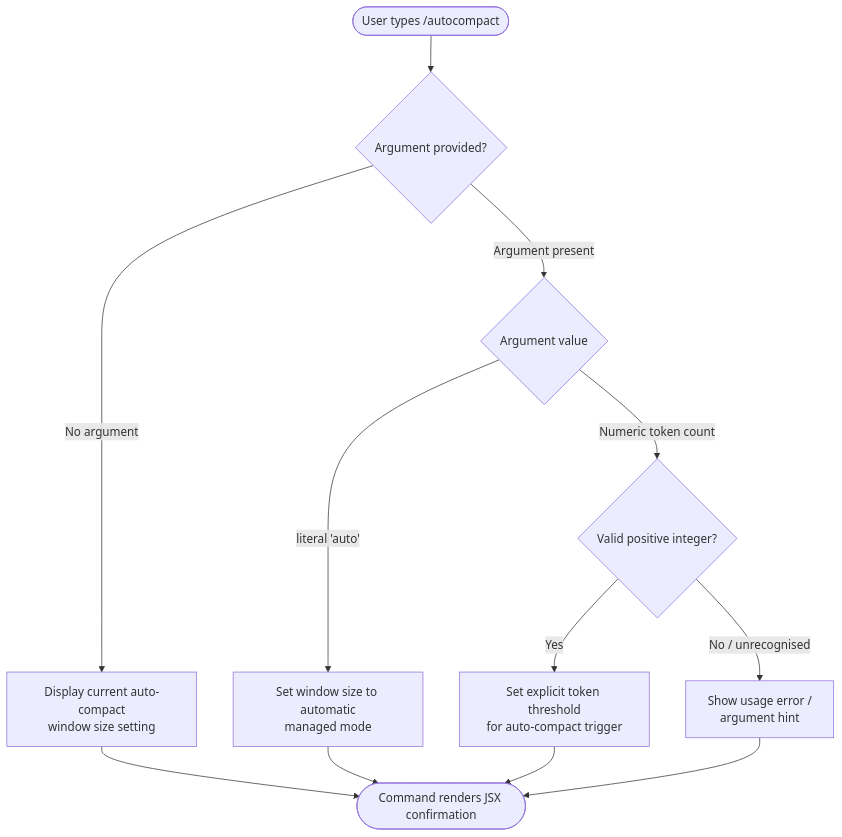
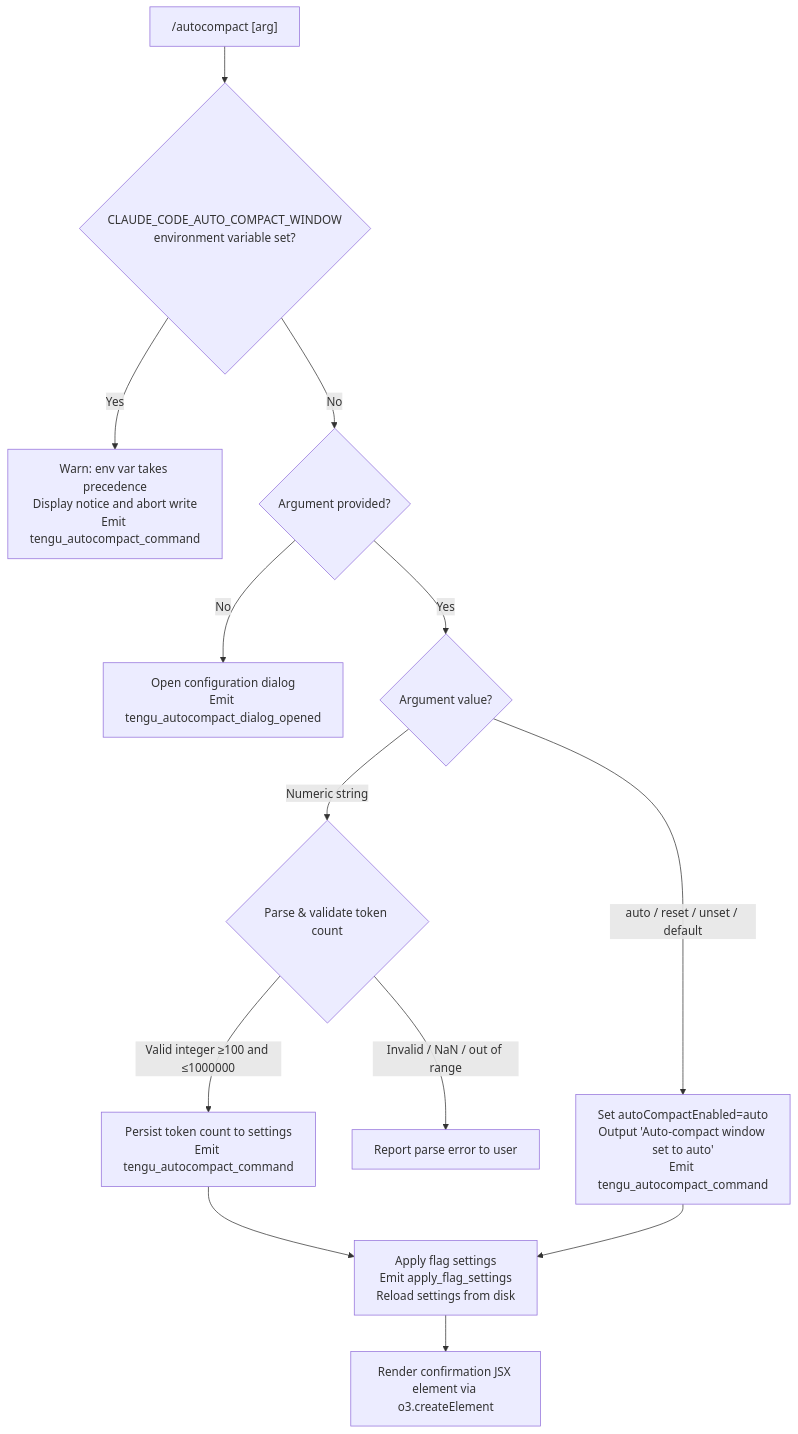
One commit to MyLittleLuckyDog/cc-gnothi changed the diagram in versions/v2.1.154/autocompact.md. Above: the diagram before and after it, drawn with Mermaid. The commit also changed other lines of this file and 593 other files, not shown here.

````diff
--- a/versions/v2.1.154/autocompact.md
+++ b/versions/v2.1.154/autocompact.md
@@ -48,14 +56,15 @@
 ```mermaid
 flowchart TD
-    A([User types /autocompact]) --> B{Argument provided?}
-    B -- No argument --> C[Display current auto-compact\nwindow size setting]
-    B -- Argument present --> D{Argument value}
-    D -- literal 'auto' --> E[Set window size to automatic\nmanaged mode]
-    D -- Numeric token count --> F{Valid positive integer?}
-    F -- Yes --> G[Set explicit token threshold\nfor auto-compact trigger]
-    F -- No / unrecognised --> H[Show usage error /\nargument hint]
-    E --> I([Command renders JSX confirmation])
-    G --> I
-    C --> I
-    H --> I
+    A["/autocompact [arg]"] --> B{CLAUDE_CODE_AUTO_COMPACT_WINDOW\nenvironment variable set?}
+    B -- Yes --> C[Warn: env var takes precedence\nDisplay notice and abort write\nEmit tengu_autocompact_command]
+    B -- No --> D{Argument provided?}
+    D -- No --> E[Open configuration dialog\nEmit tengu_autocompact_dialog_opened]
+    D -- Yes --> F{Argument value?}
+    F -- "auto / reset / unset / default" --> G[Set autoCompactEnabled=auto\nOutput 'Auto-compact window set to auto'\nEmit tengu_autocompact_command]
+    F -- Numeric string --> H{Parse & validate token count}
+    H -- "Invalid / NaN / out of range" --> I[Report parse error to user]
+    H -- "Valid integer ≥100 and ≤1000000" --> J[Persist token count to settings\nEmit tengu_autocompact_command]
+    J --> K[Apply flag settings\nEmit apply_flag_settings\nReload settings from disk]
+    G --> K
+    K --> L[Render confirmation JSX element via o3.createElement]
 ```
````
